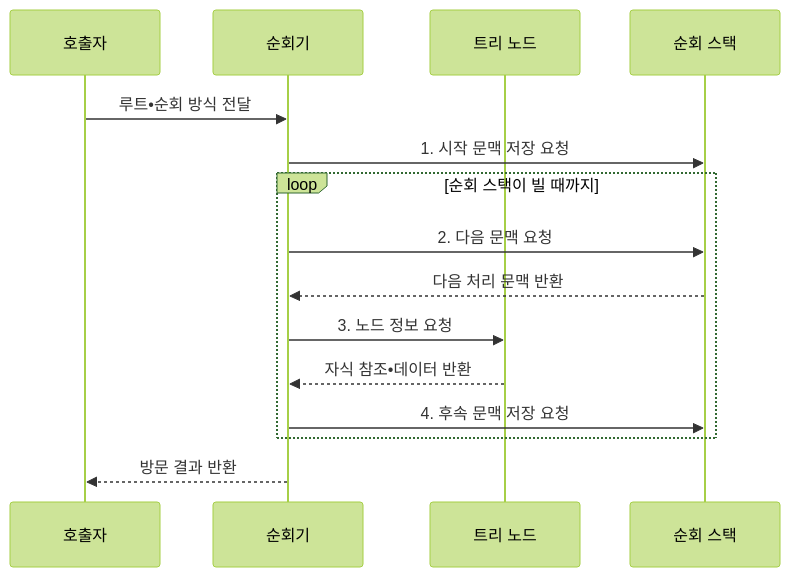
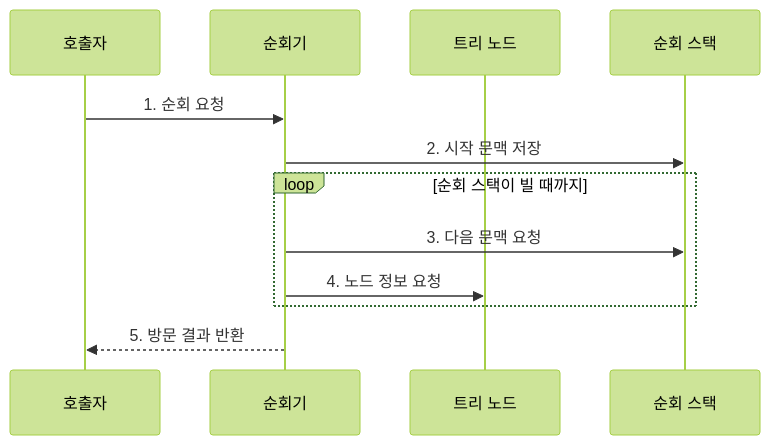
The second of 2 diagrams in src/content/docs/notes/01-basic-theory/009_binary_tree_traversal.md (agnusdei1207/knowledge-base), drawn with Mermaid (forest theme) before and after one commit. The commit also changed other lines of this file and 28 other files, not shown here.

````diff
--- a/src/content/docs/notes/01-basic-theory/009_binary_tree_traversal.md
+++ b/src/content/docs/notes/01-basic-theory/009_binary_tree_traversal.md
@@ -99,17 +86,14 @@
 ```mermaid
 sequenceDiagram
     participant Q as 호출자
     participant V as 순회기
     participant N as 트리 노드
     participant S as 순회 스택
-    Q->>V: 루트•순회 방식 전달
-    V->>S: 1. 시작 문맥 저장 요청
+    Q->>V: 1. 순회 요청
+    V->>S: 2. 시작 문맥 저장
     loop 순회 스택이 빌 때까지
-        V->>S: 2. 다음 문맥 요청
-        S-->>V: 다음 처리 문맥 반환
-        V->>N: 3. 노드 정보 요청
-        N-->>V: 자식 참조•데이터 반환
-        V->>S: 4. 후속 문맥 저장 요청
+        V->>S: 3. 다음 문맥 요청
+        V->>N: 4. 노드 정보 요청
     end
-    V-->>Q: 방문 결과 반환
+    V-->>Q: 5. 방문 결과 반환
 ```
````
